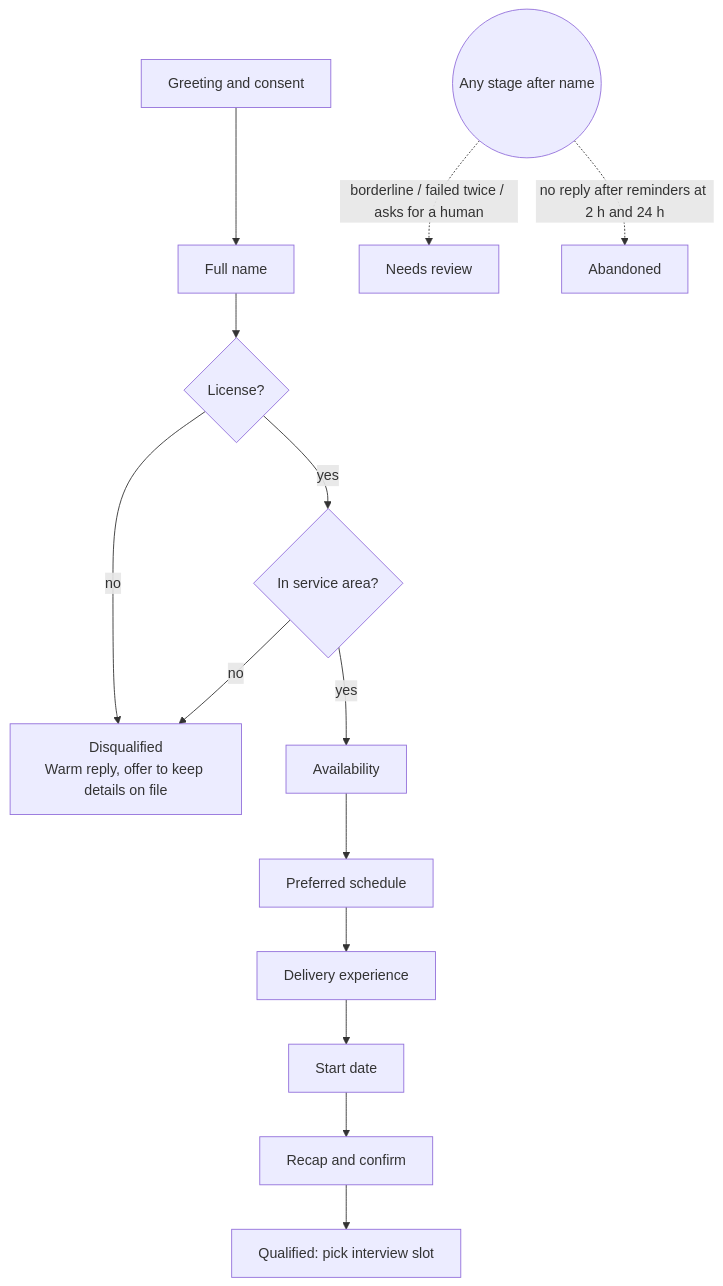
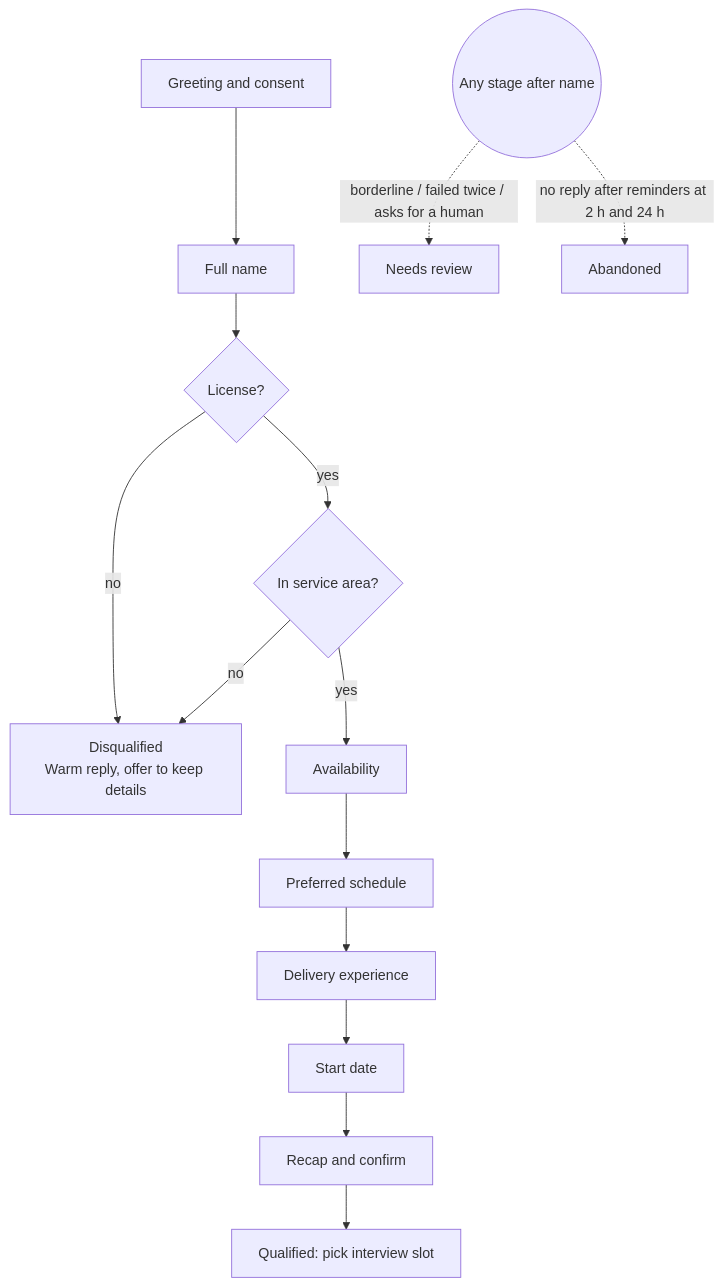
The diagram in docs/process-design.md (SRL132/orbio-ai-assessment), drawn with Mermaid before and after one commit. The commit also changed other lines of this file and 6 other files, not shown here.

````diff
--- a/docs/process-design.md
+++ b/docs/process-design.md
@@ -20,17 +18,17 @@
 ```mermaid
 flowchart TD
     G[Greeting and consent] --> N[Full name]
     N --> L{License?}
-    L -- no --> DQ[Disqualified<br/>Warm reply, offer to keep details on file]
+    L -- no --> DQ[Disqualified<br/>Warm reply, offer to keep details]
     L -- yes --> Z{In service area?}
     Z -- no --> DQ
     Z -- yes --> A[Availability]
     A --> S[Preferred schedule]
     S --> E[Delivery experience]
     E --> SD[Start date]
     SD --> R[Recap and confirm]
     R --> Q[Qualified: pick interview slot]
 
     ANY((Any stage after name)) -. borderline / failed twice / asks for a human .-> NR[Needs review]
     ANY -. no reply after reminders at 2 h and 24 h .-> AB[Abandoned]
 ```
````
